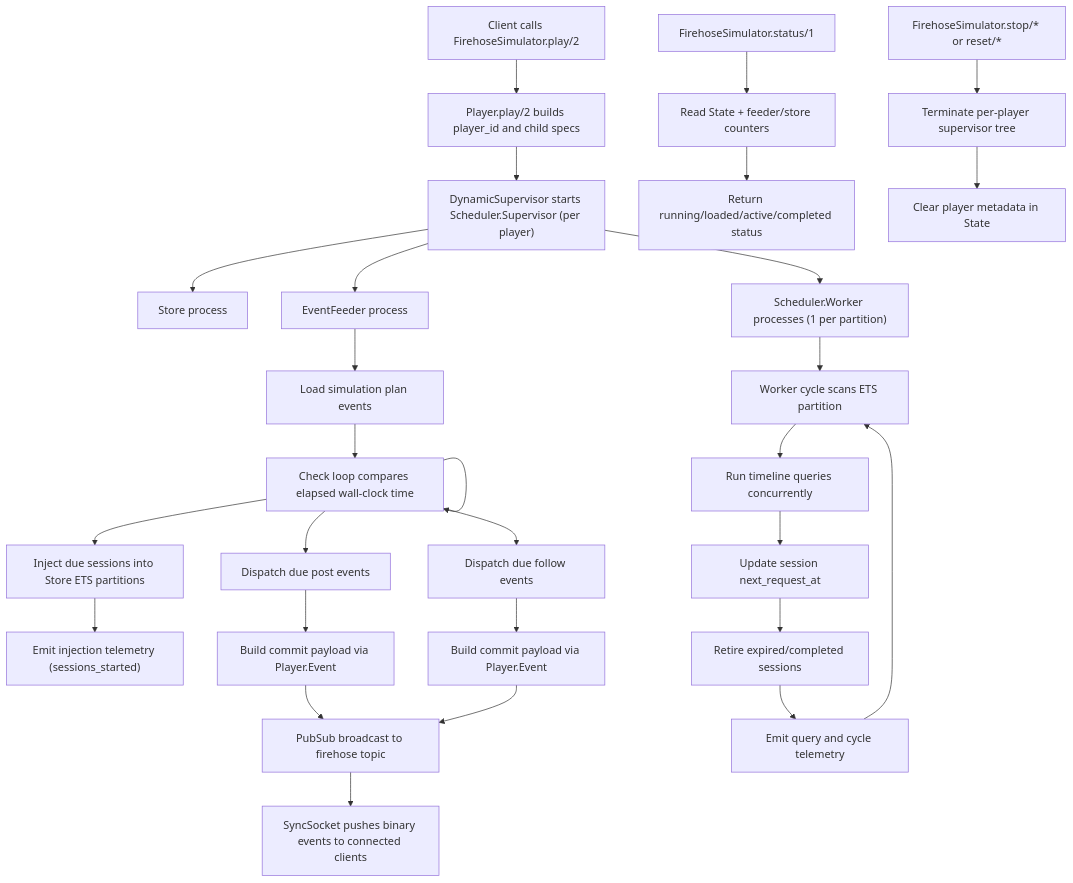
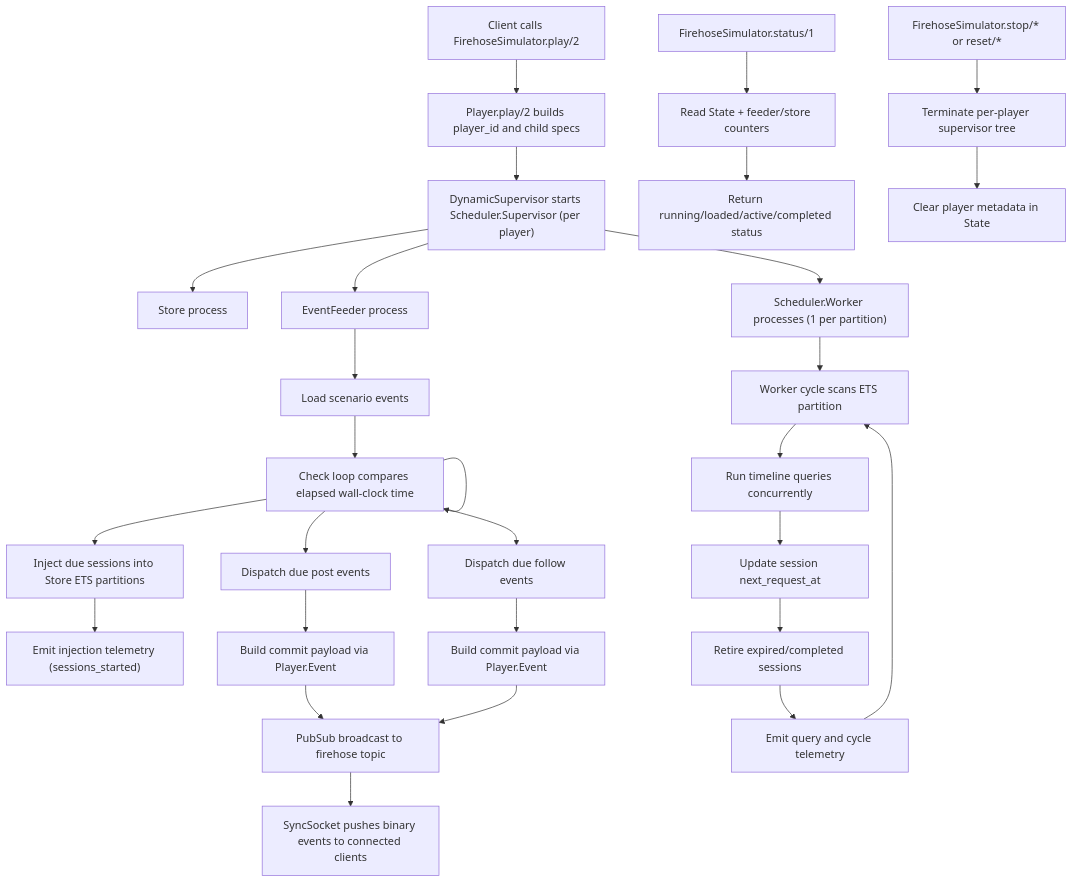
Before and after one commit to bitcrowd/ATProto_firehose_simulator: the diagram in docs/player.md, drawn with Mermaid. The commit also changed other lines of this file and 46 other files, not shown here.

Commit message:
Rename "simulation plan" to "scenario"

````diff
--- a/docs/player.md
+++ b/docs/player.md
@@ -54,34 +54,34 @@
 ```mermaid
 flowchart TD
   A["Client calls FirehoseSimulator.play/2"] --> B["Player.play/2 builds player_id and child specs"]
   B --> C["DynamicSupervisor starts Scheduler.Supervisor (per player)"]
   C --> D["Store process"]
   C --> E["EventFeeder process"]
   C --> F["Scheduler.Worker processes (1 per partition)"]
 
-  E --> G["Load simulation plan events"]
+  E --> G["Load scenario events"]
   G --> H["Check loop compares elapsed wall-clock time"]
   H --> I["Inject due sessions into Store ETS partitions"]
   I --> J["Emit injection telemetry (sessions_started)"]
   H --> K["Dispatch due post events"]
   H --> L["Dispatch due follow events"]
   K --> M["Build commit payload via Player.Event"]
   L --> N["Build commit payload via Player.Event"]
   M --> O["PubSub broadcast to firehose topic"]
   N --> O
   O --> P["SyncSocket pushes binary events to connected clients"]
   H --> H
 
   F --> Q["Worker cycle scans ETS partition"]
   Q --> R["Run timeline queries concurrently"]
   R --> S["Update session next_request_at"]
   S --> T["Retire expired/completed sessions"]
   T --> U["Emit query and cycle telemetry"]
   U --> Q
 
   V["FirehoseSimulator.status/1"] --> W["Read State + feeder/store counters"]
   W --> X["Return running/loaded/active/completed status"]
 
   Y["FirehoseSimulator.stop/* or reset/*"] --> Z["Terminate per-player supervisor tree"]
   Z --> AA["Clear player metadata in State"]
 ```
````
